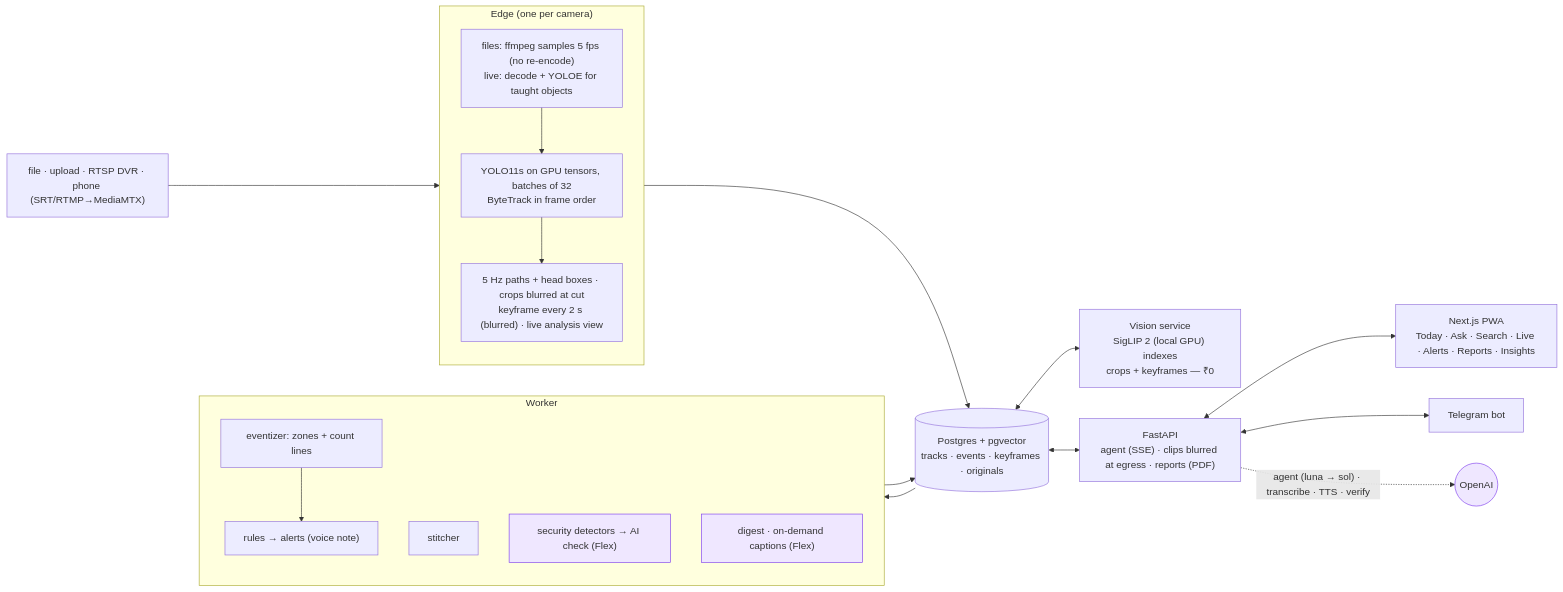
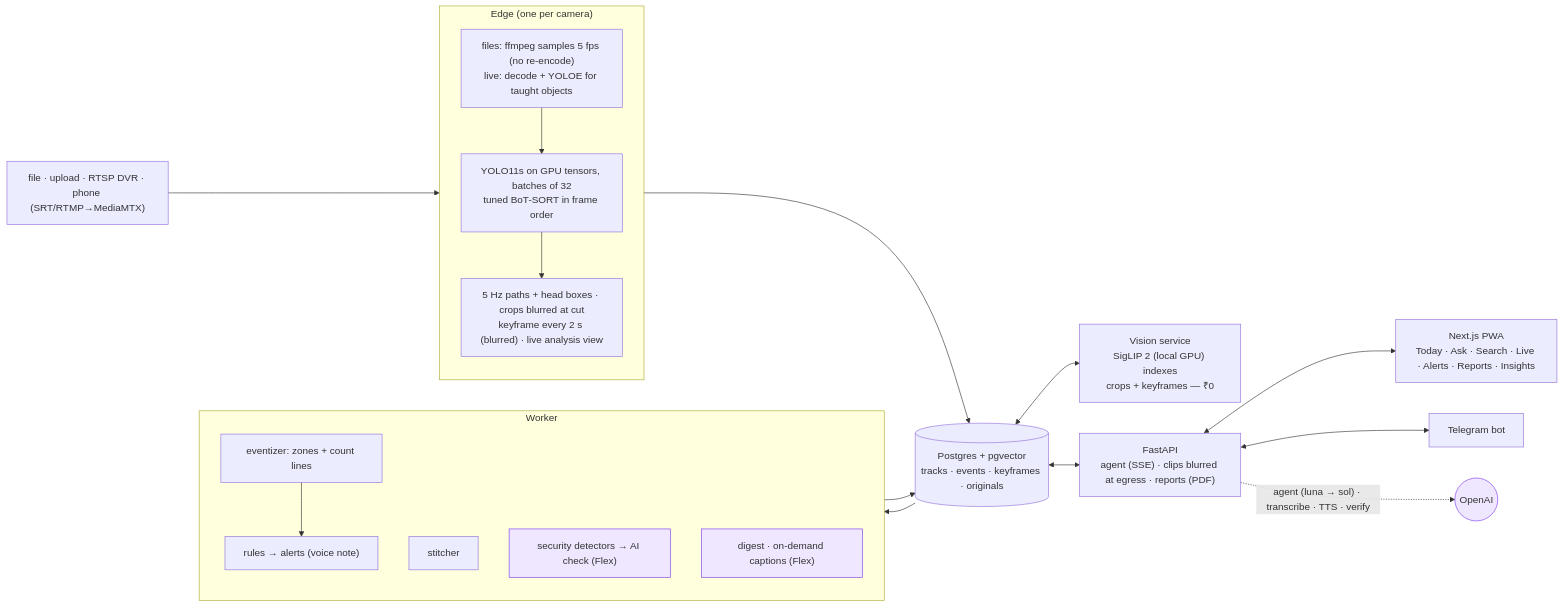
The diagram in README.md (Shivansh0911/Nazar), drawn with Mermaid before and after one commit. The commit also changed other lines of this file and 10 other files, not shown here.

First line of the commit message:
perf(tracking): tuned BoT-SORT default, MOT17 evaluation and the full demo script

````diff
--- a/README.md
+++ b/README.md
@@ -56,24 +56,24 @@
 ```mermaid
 flowchart LR
   src["file · upload · RTSP DVR · phone (SRT/RTMP→MediaMTX)"] --> edge
   subgraph edge["Edge (one per camera)"]
     direction TB
-    e1["files: ffmpeg samples 5 fps (no re-encode)<br/>live: decode + YOLOE for taught objects"] --> e2["YOLO11s on GPU tensors, batches of 32<br/>ByteTrack in frame order"] --> e3["5 Hz paths + head boxes · crops blurred at cut<br/>keyframe every 2 s (blurred) · live analysis view"]
+    e1["files: ffmpeg samples 5 fps (no re-encode)<br/>live: decode + YOLOE for taught objects"] --> e2["YOLO11s on GPU tensors, batches of 32<br/>tuned BoT-SORT in frame order"] --> e3["5 Hz paths + head boxes · crops blurred at cut<br/>keyframe every 2 s (blurred) · live analysis view"]
   end
   edge --> pg[("Postgres + pgvector<br/>tracks · events · keyframes · originals")]
   pg <--> vis["Vision service<br/>SigLIP 2 (local GPU) indexes<br/>crops + keyframes — ₹0"]
   pg --> worker
   subgraph worker["Worker"]
     direction TB
     w1["eventizer: zones + count lines"] --> w2["rules → alerts (voice note)"]
     w3["stitcher"]
     w4["security detectors → AI check (Flex)"]:::ai
     w5["digest · on-demand captions (Flex)"]:::ai
   end
   worker --> pg
   pg <--> api["FastAPI<br/>agent (SSE) · clips blurred at egress · reports (PDF)"]
   api <--> web["Next.js PWA<br/>Today · Ask · Search · Live · Alerts · Reports · Insights"]
   api <--> tg["Telegram bot"]
   api -. "agent (luna → sol) · transcribe · TTS · verify" .-> oai(("OpenAI")):::ai
   classDef ai fill:#efe7ff,stroke:#7c3aed
 ```
````
